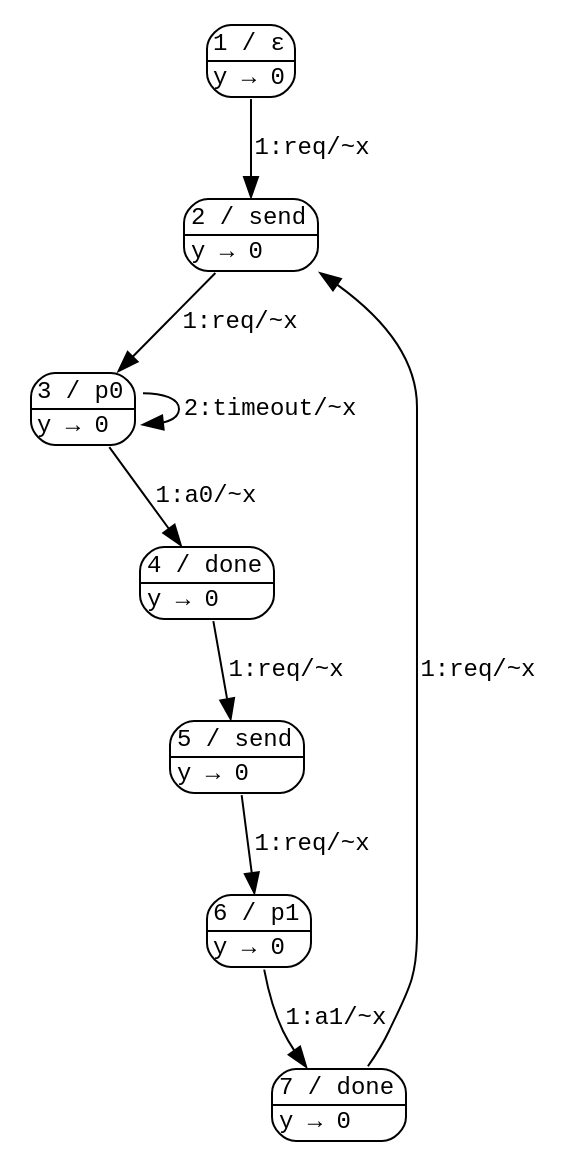
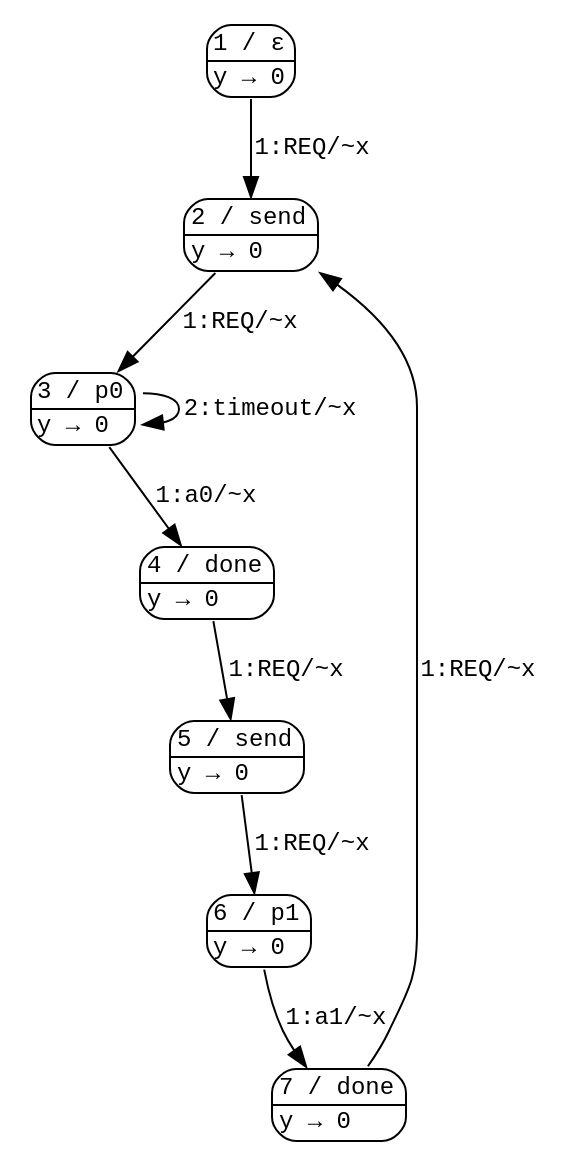
Before and after one commit to d-suvorov/abp-synthesis: the diagram in traces/cegis/1/sender/automaton.gv, drawn with Graphviz. The commit also changed 10 other files, not shown here.

```diff
--- a/traces/cegis/1/sender/automaton.gv
+++ b/traces/cegis/1/sender/automaton.gv
@@ -1,57 +1,57 @@
 digraph Automaton {
     graph [fontname="Source Code Pro,monospace" fontsize="12"]
     node [fontname="Source Code Pro,monospace" fontsize="12" margin="0.05,0.01" shape="plaintext"]
     edge [fontname="Source Code Pro,monospace" fontsize="12"]
     // Nodes
     1 [label=<
     <TABLE style="rounded" cellborder="0" cellspacing="0">
         <TR><TD align="center">1 / ε</TD></TR>
         <HR/>
         <TR><TD align="left">y &rarr; 0</TD></TR>
     </TABLE>>]
     2 [label=<
     <TABLE style="rounded" cellborder="0" cellspacing="0">
         <TR><TD align="center">2 / send</TD></TR>
         <HR/>
         <TR><TD align="left">y &rarr; 0</TD></TR>
     </TABLE>>]
     3 [label=<
     <TABLE style="rounded" cellborder="0" cellspacing="0">
         <TR><TD align="center">3 / p0</TD></TR>
         <HR/>
         <TR><TD align="left">y &rarr; 0</TD></TR>
     </TABLE>>]
     4 [label=<
     <TABLE style="rounded" cellborder="0" cellspacing="0">
         <TR><TD align="center">4 / done</TD></TR>
         <HR/>
         <TR><TD align="left">y &rarr; 0</TD></TR>
     </TABLE>>]
     5 [label=<
     <TABLE style="rounded" cellborder="0" cellspacing="0">
         <TR><TD align="center">5 / send</TD></TR>
         <HR/>
         <TR><TD align="left">y &rarr; 0</TD></TR>
     </TABLE>>]
     6 [label=<
     <TABLE style="rounded" cellborder="0" cellspacing="0">
         <TR><TD align="center">6 / p1</TD></TR>
         <HR/>
         <TR><TD align="left">y &rarr; 0</TD></TR>
     </TABLE>>]
     7 [label=<
     <TABLE style="rounded" cellborder="0" cellspacing="0">
         <TR><TD align="center">7 / done</TD></TR>
         <HR/>
         <TR><TD align="left">y &rarr; 0</TD></TR>
     </TABLE>>]
     // Edges
-    1 -> 2 [label="1:req/~x"]
-    2 -> 3 [label="1:req/~x"]
+    1 -> 2 [label="1:REQ/~x"]
+    2 -> 3 [label="1:REQ/~x"]
     3 -> 4 [label="1:a0/~x"]
     3 -> 3 [label="2:timeout/~x"]
-    4 -> 5 [label="1:req/~x"]
-    5 -> 6 [label="1:req/~x"]
+    4 -> 5 [label="1:REQ/~x"]
+    5 -> 6 [label="1:REQ/~x"]
     6 -> 7 [label="1:a1/~x"]
-    7 -> 2 [label="1:req/~x"]
+    7 -> 2 [label="1:REQ/~x"]
 }
```
